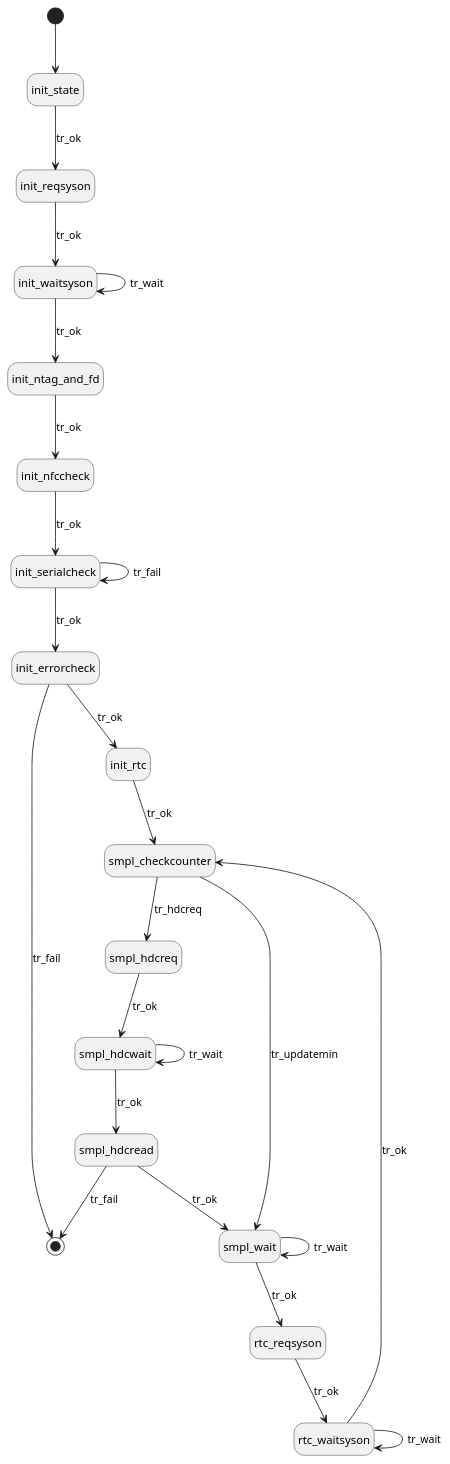
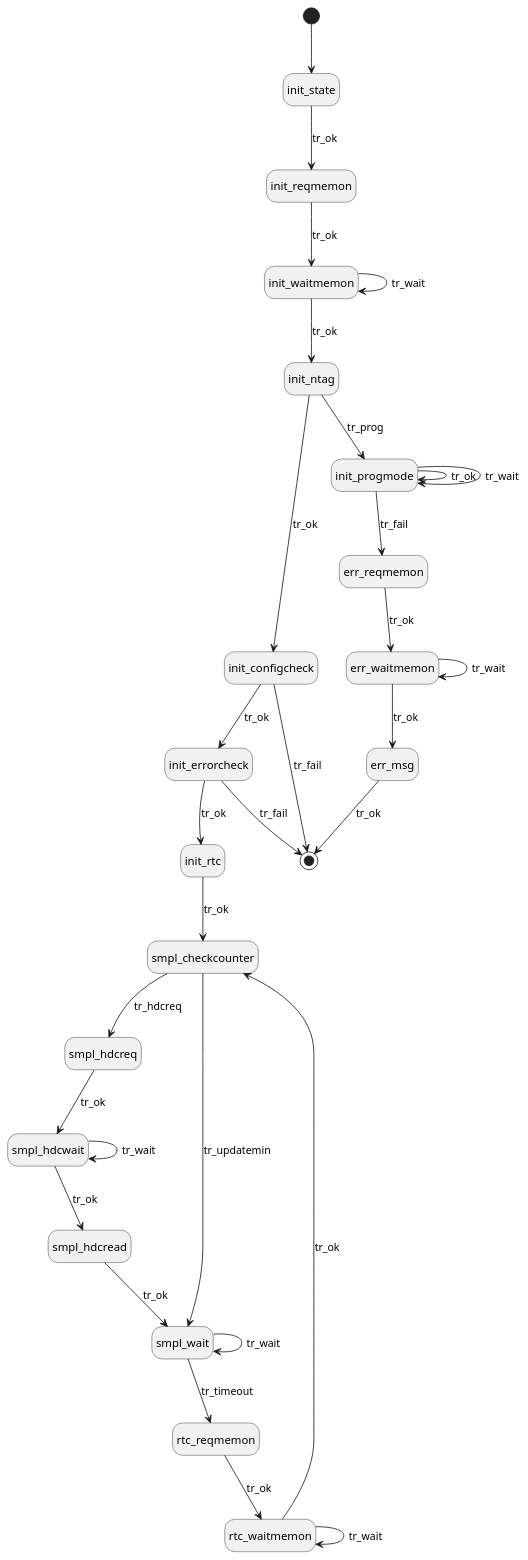
The diagram in docs/firmware/statechart.rst (cuplsensor/cupltag), drawn with PlantUML before and after one commit.

Commit message:
Updated state chart.

```diff
--- a/docs/firmware/statechart.rst
+++ b/docs/firmware/statechart.rst
@@ -4,48 +4,56 @@
 .. uml::
    :caption: Caption with **bold** and *italic*
    :width: 50mm
 
     @startuml
     hide empty description
     [*] --> init_state
 
-    init_state --> init_reqsyson: tr_ok
+    init_state --> init_reqmemon: tr_ok
 
-    init_reqsyson --> init_waitsyson: tr_ok
+    init_reqmemon --> init_waitmemon: tr_ok
 
-    init_waitsyson --> init_ntag_and_fd: tr_ok
-    init_waitsyson --> init_waitsyson: tr_wait
+    init_waitmemon --> init_ntag: tr_ok
+    init_waitmemon --> init_waitmemon: tr_wait
 
-    init_ntag_and_fd --> init_nfccheck: tr_ok
+    init_ntag --> init_configcheck: tr_ok
+    init_ntag --> init_progmode: tr_prog
 
-    init_nfccheck --> init_serialcheck: tr_ok
+    init_progmode --> init_progmode: tr_ok
+    init_progmode --> init_progmode: tr_wait
+    init_progmode --> err_reqmemon: tr_fail
 
-    init_serialcheck --> init_errorcheck: tr_ok
-    init_serialcheck --> init_serialcheck: tr_fail
+    init_configcheck --> init_errorcheck: tr_ok
+    init_configcheck --> [*]: tr_fail
 
     init_errorcheck --> init_rtc: tr_ok
     init_errorcheck --> [*]: tr_fail
 
     init_rtc --> smpl_checkcounter: tr_ok
 
     smpl_checkcounter --> smpl_hdcreq: tr_hdcreq
     smpl_checkcounter --> smpl_wait: tr_updatemin
 
     smpl_hdcreq --> smpl_hdcwait: tr_ok
 
     smpl_hdcwait --> smpl_hdcread: tr_ok
     smpl_hdcwait --> smpl_hdcwait: tr_wait
 
     smpl_hdcread --> smpl_wait: tr_ok
-    smpl_hdcread --> [*]: tr_fail
 
-
-    smpl_wait --> rtc_reqsyson: tr_ok
+    smpl_wait --> rtc_reqmemon: tr_timeout
     smpl_wait --> smpl_wait: tr_wait
 
-    rtc_reqsyson -->  rtc_waitsyson: tr_ok
+    rtc_reqmemon -->  rtc_waitmemon: tr_ok
 
-    rtc_waitsyson --> smpl_checkcounter: tr_ok
-    rtc_waitsyson --> rtc_waitsyson: tr_wait
+    rtc_waitmemon --> smpl_checkcounter: tr_ok
+    rtc_waitmemon --> rtc_waitmemon: tr_wait
+
+    err_reqmemon --> err_waitmemon: tr_ok
+
+    err_waitmemon --> err_msg: tr_ok
+    err_waitmemon --> err_waitmemon: tr_wait
+
+    err_msg --> [*]: tr_ok
 
     @enduml
```
